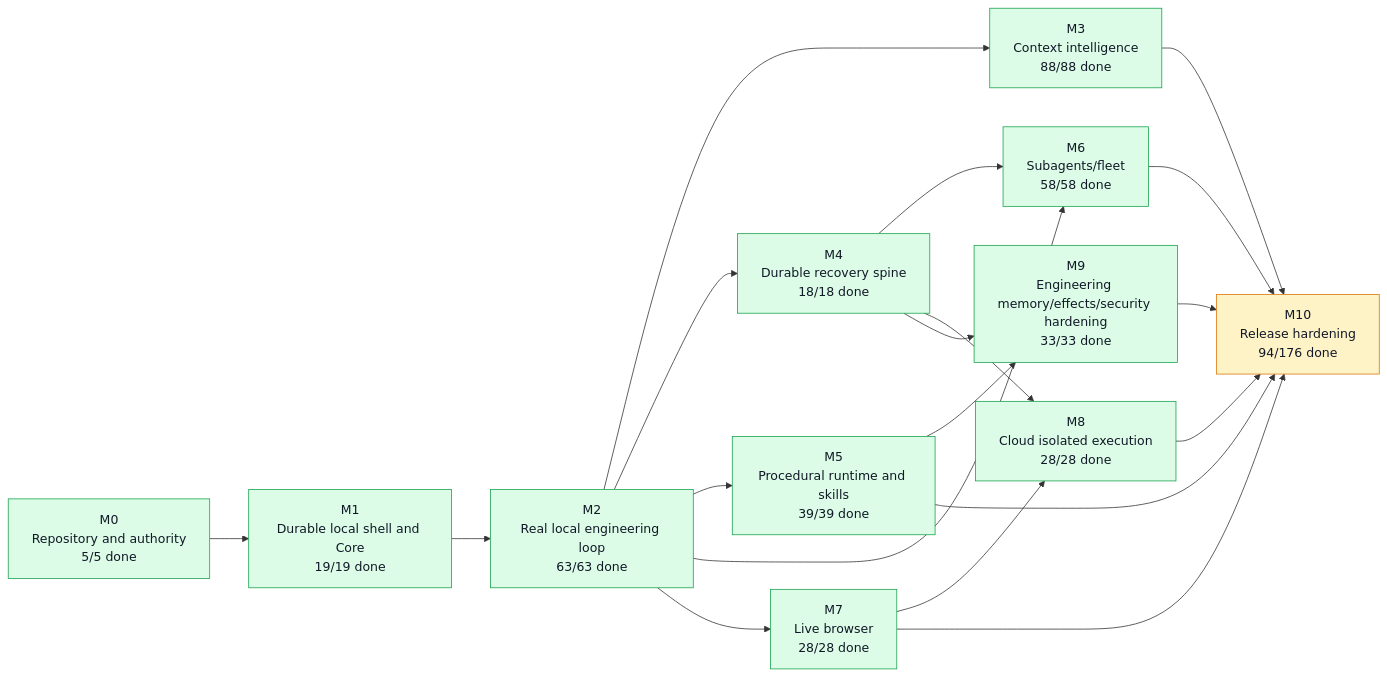
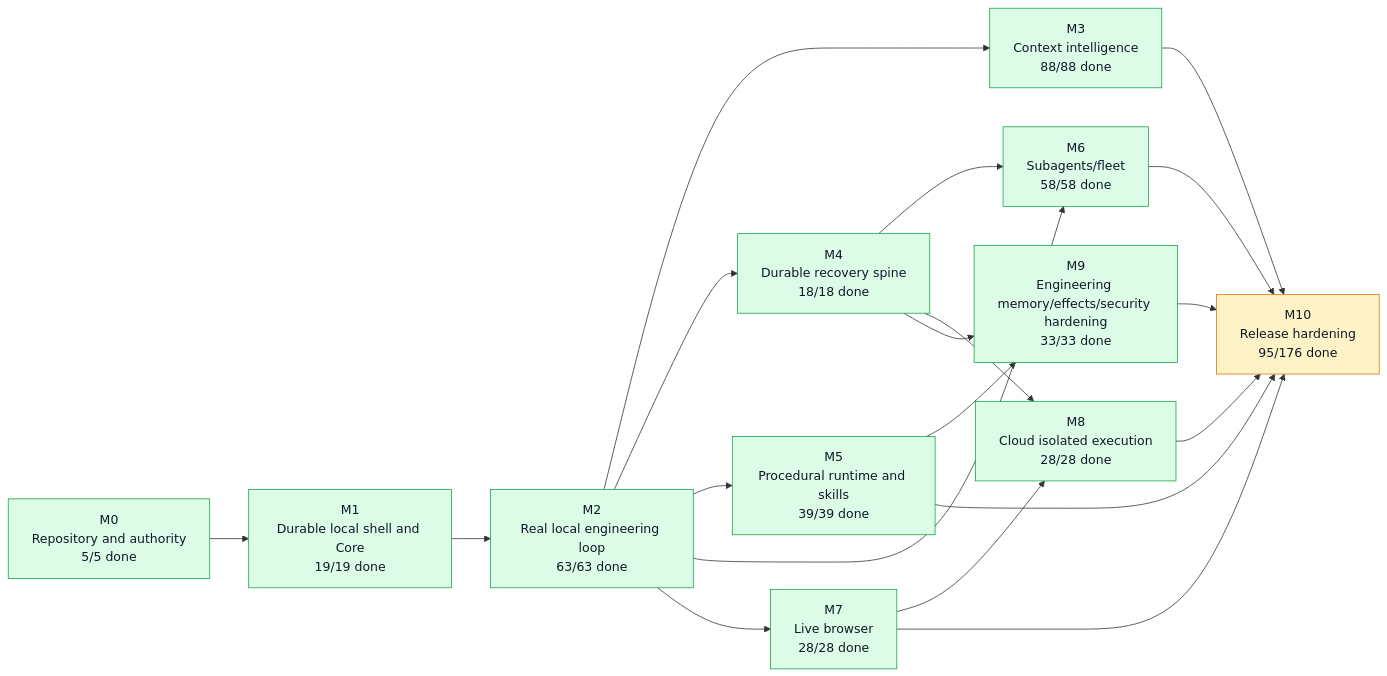
Before and after one commit to moss101/modbit: the first of 5 diagrams in graph/PROJECT_GRAPH.md, drawn with Mermaid. The commit also changed other lines of this file and 5 other files, not shown here.

````diff
--- a/graph/PROJECT_GRAPH.md
+++ b/graph/PROJECT_GRAPH.md
@@ -57,43 +57,43 @@
 ```mermaid
 flowchart LR
   M0["M0<br/>Repository and authority<br/>5/5 done"]
   M1["M1<br/>Durable local shell and Core<br/>19/19 done"]
   M2["M2<br/>Real local engineering loop<br/>63/63 done"]
   M3["M3<br/>Context intelligence<br/>88/88 done"]
   M4["M4<br/>Durable recovery spine<br/>18/18 done"]
   M5["M5<br/>Procedural runtime and skills<br/>39/39 done"]
   M6["M6<br/>Subagents/fleet<br/>58/58 done"]
   M7["M7<br/>Live browser<br/>28/28 done"]
   M8["M8<br/>Cloud isolated execution<br/>28/28 done"]
   M9["M9<br/>Engineering memory/effects/security hardening<br/>33/33 done"]
-  M10["M10<br/>Release hardening<br/>94/176 done"]
+  M10["M10<br/>Release hardening<br/>95/176 done"]
   M0 --> M1
   M1 --> M2
   M2 --> M3
   M2 --> M4
   M2 --> M5
   M2 --> M6
   M4 --> M6
   M2 --> M7
   M4 --> M8
   M7 --> M8
   M4 --> M9
   M5 --> M9
   M3 --> M10
   M5 --> M10
   M6 --> M10
   M7 --> M10
   M8 --> M10
   M9 --> M10
   style M0 fill:#dcfce7,stroke:#16a34a,color:#111827
   style M1 fill:#dcfce7,stroke:#16a34a,color:#111827
   style M2 fill:#dcfce7,stroke:#16a34a,color:#111827
   style M3 fill:#dcfce7,stroke:#16a34a,color:#111827
   style M4 fill:#dcfce7,stroke:#16a34a,color:#111827
   style M5 fill:#dcfce7,stroke:#16a34a,color:#111827
   style M6 fill:#dcfce7,stroke:#16a34a,color:#111827
   style M7 fill:#dcfce7,stroke:#16a34a,color:#111827
   style M8 fill:#dcfce7,stroke:#16a34a,color:#111827
   style M9 fill:#dcfce7,stroke:#16a34a,color:#111827
   style M10 fill:#fef3c7,stroke:#d97706,color:#111827
 ```
````
